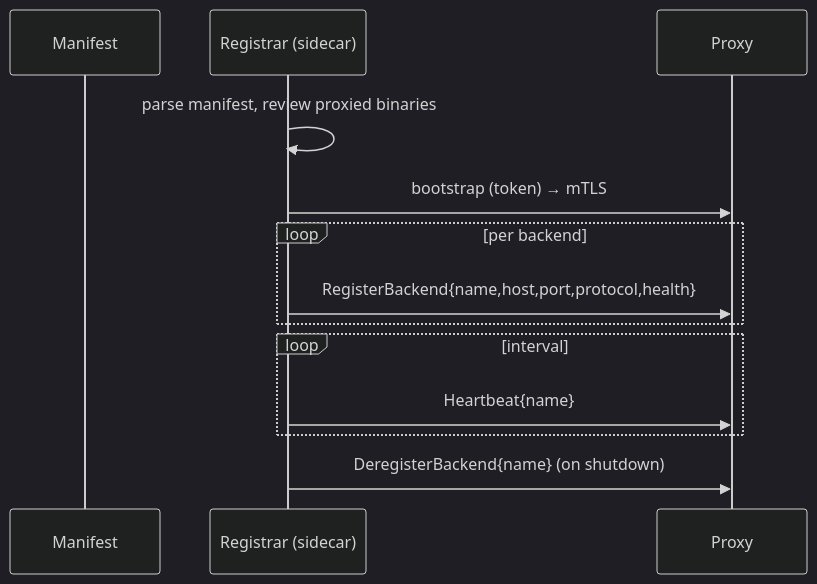
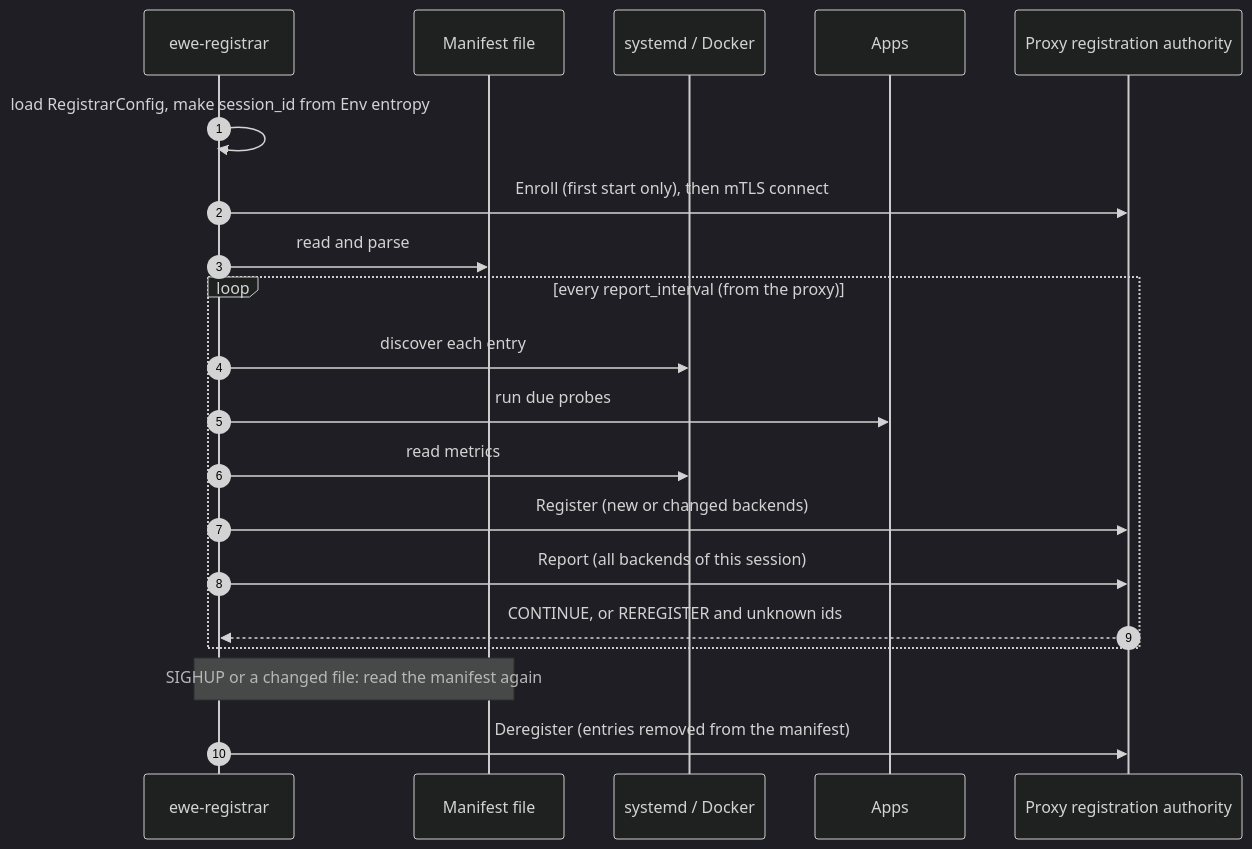
The third of 3 diagrams in specifications/65-agent-rpc-serving-system/features/04-registrar-sidecar/feature.md (ewe-studios/ewe_platform), drawn with Mermaid (dark theme) before and after one commit. The commit also changed other lines of this file and 75 other files, not shown here.

First line of the commit message:
Spec 65 feature 01: foundation_agent_rpc, an agent RPC model server (Connect/gRPC/gRPC-Web, token → mTLS) (#126)

````diff
--- a/specifications/65-agent-rpc-serving-system/features/04-registrar-sidecar/feature.md
+++ b/specifications/65-agent-rpc-serving-system/features/04-registrar-sidecar/feature.md
@@ -151,16 +404,22 @@
 ```mermaid
 sequenceDiagram
-    participant M as Manifest
-    participant R as Registrar (sidecar)
-    participant P as Proxy
-
-    R->>R: parse manifest, review proxied binaries
-    R->>P: bootstrap (token) → mTLS
-    loop per backend
-        R->>P: RegisterBackend{name,host,port,protocol,health}
+    autonumber
+    participant S as ewe-registrar
+    participant M as Manifest file
+    participant H as systemd / Docker
+    participant A as Apps
+    participant P as Proxy registration authority
+    S->>S: load RegistrarConfig, make session_id from Env entropy
+    S->>P: Enroll (first start only), then mTLS connect
+    S->>M: read and parse
+    loop every report_interval (from the proxy)
+        S->>H: discover each entry
+        S->>A: run due probes
+        S->>H: read metrics
+        S->>P: Register (new or changed backends)
+        S->>P: Report (all backends of this session)
+        P-->>S: CONTINUE, or REREGISTER and unknown ids
     end
-    loop interval
-        R->>P: Heartbeat{name}
-    end
-    R->>P: DeregisterBackend{name} (on shutdown)
+    Note over S,M: SIGHUP or a changed file: read the manifest again
+    S->>P: Deregister (entries removed from the manifest)
 ```
````
